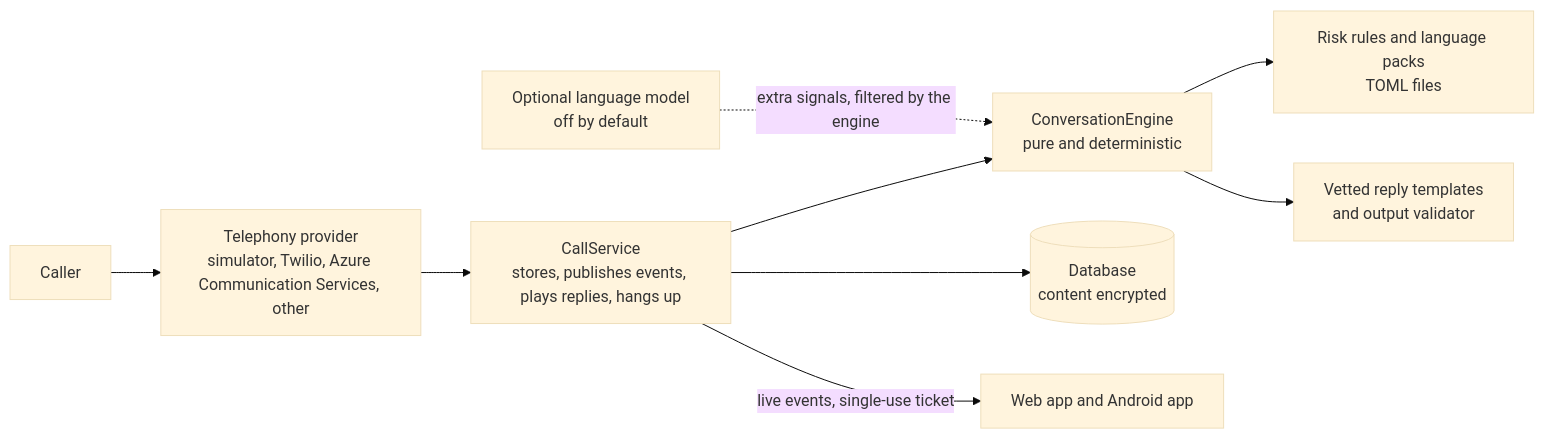
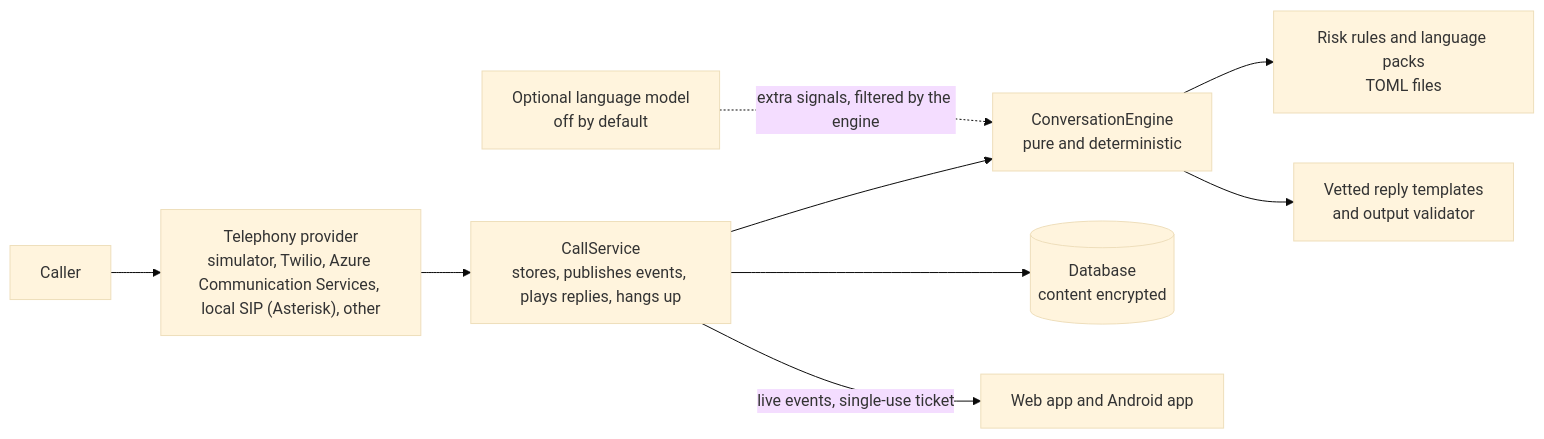
One commit to snowjug/Sparta changed the diagram in README.md. Above: the diagram before and after it, drawn with Mermaid (base theme). The commit also changed other lines of this file and 12 other files, not shown here.

````diff
--- a/README.md
+++ b/README.md
@@ -60,11 +70,11 @@
 ```mermaid
 flowchart LR
-  CALLER["Caller"] --> PROVIDER["Telephony provider<br/>simulator, Twilio, Azure Communication Services, other"]
+  CALLER["Caller"] -->   PROVIDER["Telephony provider<br/>simulator, Twilio, Azure Communication Services, local SIP (Asterisk), other"]
   PROVIDER --> SERVICE["CallService<br/>stores, publishes events, plays replies, hangs up"]
   SERVICE --> ENGINE["ConversationEngine<br/>pure and deterministic"]
   ENGINE --> RULES["Risk rules and language packs<br/>TOML files"]
   ENGINE --> REPLY["Vetted reply templates<br/>and output validator"]
   SERVICE --> STORE[("Database<br/>content encrypted")]
   SERVICE -->|"live events, single-use ticket"| CLIENTS["Web app and Android app"]
   MODEL["Optional language model<br/>off by default"] -.->|"extra signals, filtered by the engine"| ENGINE
 ```
````
